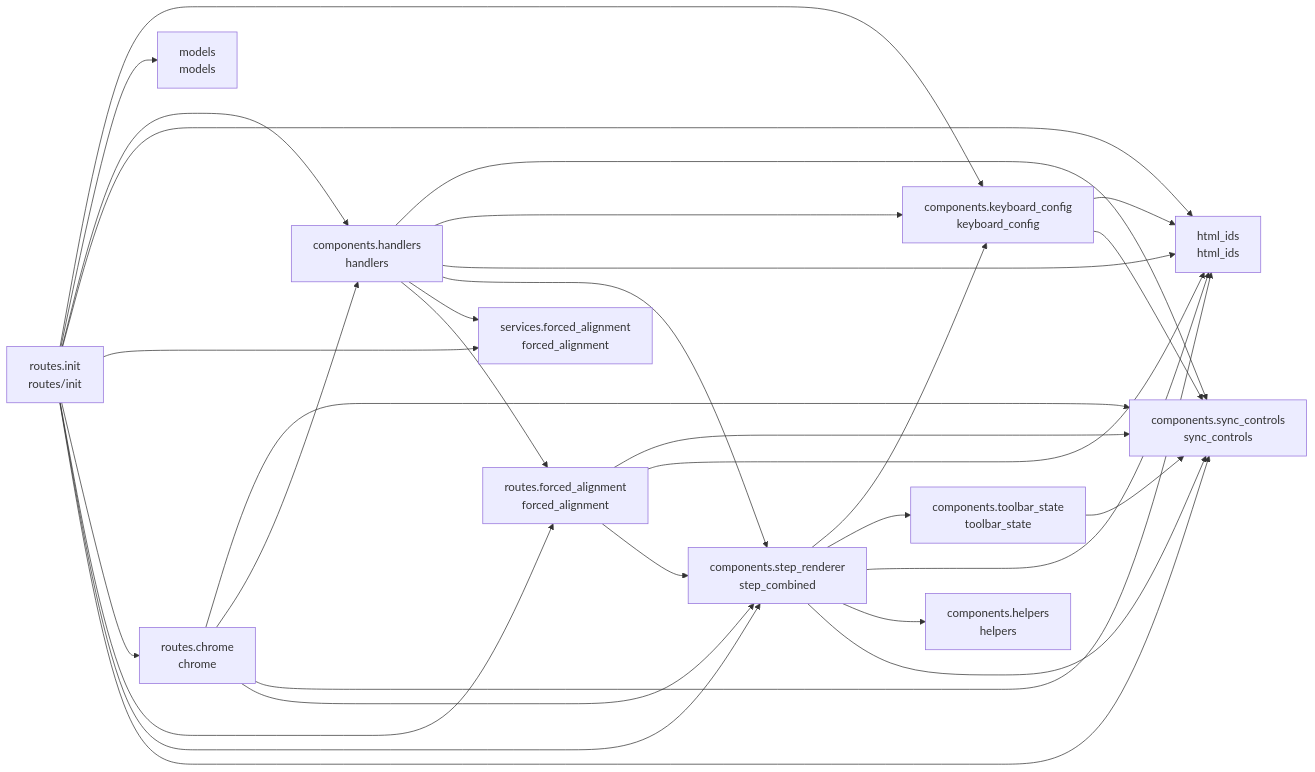
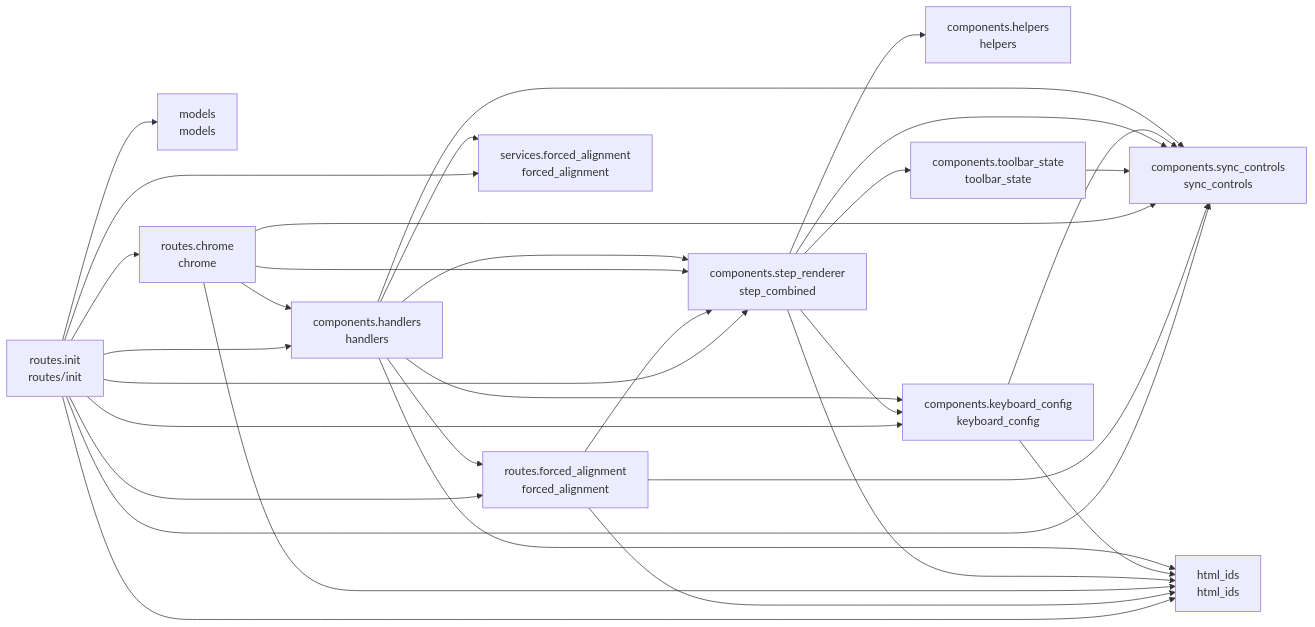
The diagram in README.md (cj-mills/cjm-transcript-segment-align), drawn with Mermaid before and after one commit. The commit also changed other lines of this file and 5 other files, not shown here.

````diff
--- a/README.md
+++ b/README.md
@@ -35,46 +35,46 @@
 ``` mermaid
 graph LR
     components_handlers[components.handlers<br/>handlers]
     components_helpers[components.helpers<br/>helpers]
     components_keyboard_config[components.keyboard_config<br/>keyboard_config]
     components_step_renderer[components.step_renderer<br/>step_combined]
     components_sync_controls[components.sync_controls<br/>sync_controls]
     components_toolbar_state[components.toolbar_state<br/>toolbar_state]
     html_ids[html_ids<br/>html_ids]
     models[models<br/>models]
     routes_chrome[routes.chrome<br/>chrome]
     routes_forced_alignment[routes.forced_alignment<br/>forced_alignment]
     routes_init[routes.init<br/>routes/init]
     services_forced_alignment[services.forced_alignment<br/>forced_alignment]
 
     components_handlers --> components_sync_controls
+    components_handlers --> routes_forced_alignment
+    components_handlers --> components_step_renderer
+    components_handlers --> services_forced_alignment
     components_handlers --> components_keyboard_config
     components_handlers --> html_ids
-    components_handlers --> components_step_renderer
-    components_handlers --> services_forced_alignment
-    components_handlers --> routes_forced_alignment
+    components_keyboard_config --> components_sync_controls
     components_keyboard_config --> html_ids
-    components_keyboard_config --> components_sync_controls
-    components_step_renderer --> components_keyboard_config
+    components_step_renderer --> components_helpers
     components_step_renderer --> components_toolbar_state
     components_step_renderer --> html_ids
-    components_step_renderer --> components_helpers
+    components_step_renderer --> components_keyboard_config
     components_step_renderer --> components_sync_controls
     components_toolbar_state --> components_sync_controls
     routes_chrome --> components_sync_controls
     routes_chrome --> components_handlers
     routes_chrome --> html_ids
     routes_chrome --> components_step_renderer
     routes_forced_alignment --> components_sync_controls
+    routes_forced_alignment --> components_step_renderer
     routes_forced_alignment --> html_ids
-    routes_forced_alignment --> components_step_renderer
-    routes_init --> components_keyboard_config
+    routes_init --> routes_forced_alignment
     routes_init --> models
     routes_init --> components_handlers
+    routes_init --> components_keyboard_config
+    routes_init --> services_forced_alignment
+    routes_init --> components_step_renderer
     routes_init --> html_ids
-    routes_init --> services_forced_alignment
+    routes_init --> components_sync_controls
     routes_init --> routes_chrome
-    routes_init --> routes_forced_alignment
-    routes_init --> components_step_renderer
-    routes_init --> components_sync_controls
 ```
````
